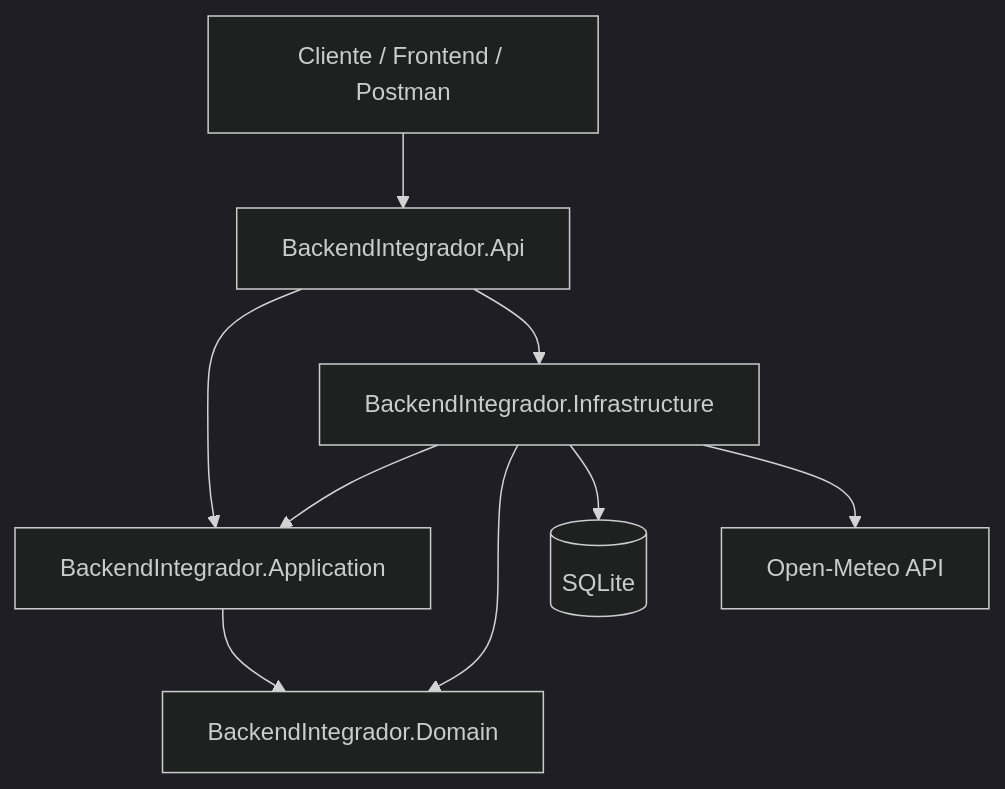
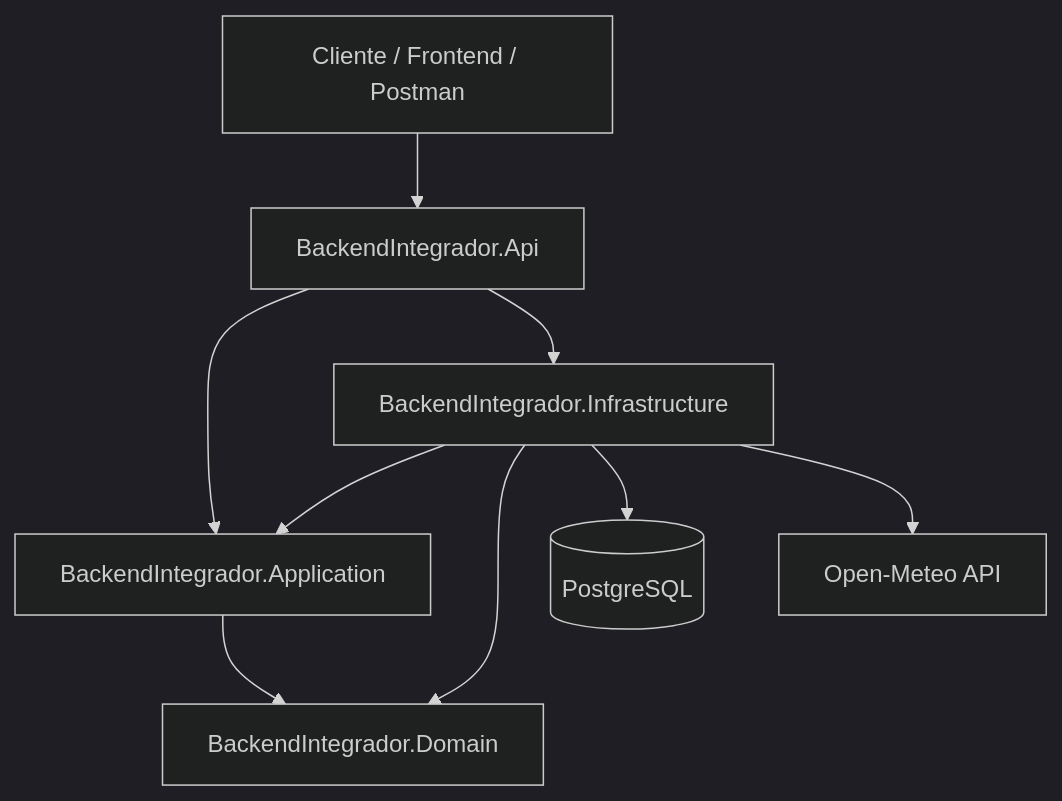
Before and after one commit to jarol1590/backend_integrador: the first of 3 diagrams in README.md, drawn with Mermaid (dark theme). The commit also changed other lines of this file and 24 other files, not shown here.

````diff
--- a/README.md
+++ b/README.md
@@ -84,19 +85,19 @@
 ```mermaid
 flowchart TB
     Client[Cliente / Frontend / Postman]
     Api[BackendIntegrador.Api]
     App[BackendIntegrador.Application]
     Infra[BackendIntegrador.Infrastructure]
     Dom[BackendIntegrador.Domain]
-    Db[(SQLite)]
+    Db[(PostgreSQL)]
     OpenMeteo[Open-Meteo API]
 
     Client --> Api
     Api --> App
     Api --> Infra
     Infra --> App
     Infra --> Dom
     App --> Dom
     Infra --> Db
     Infra --> OpenMeteo
 ```
````
